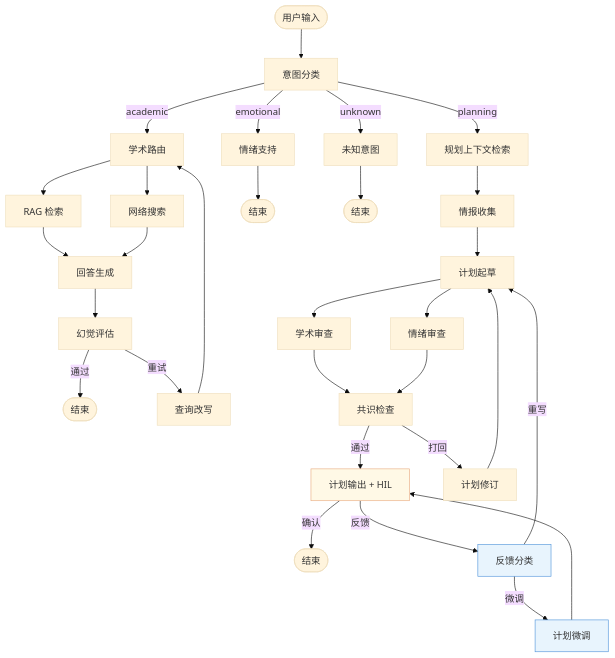
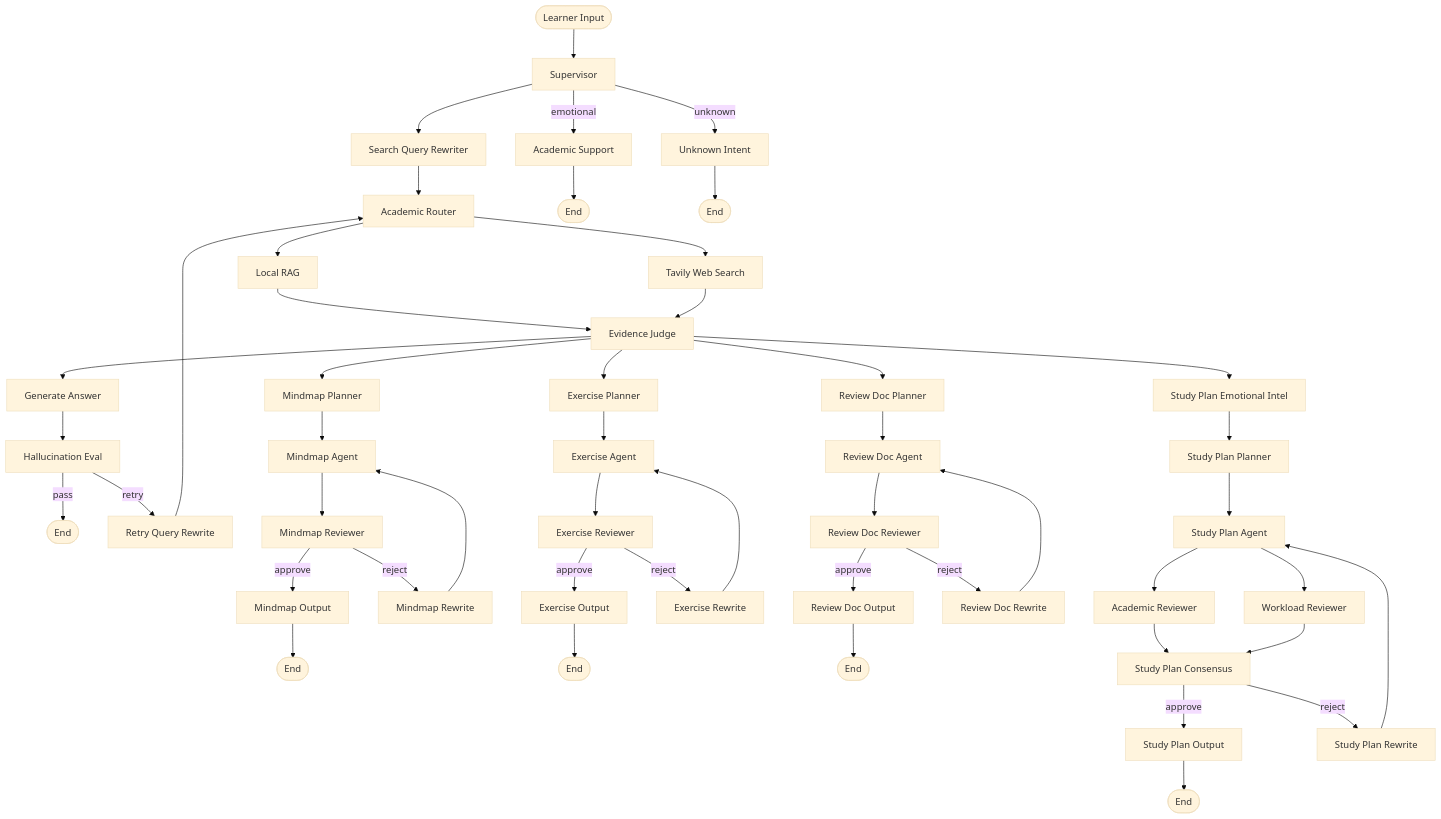
One commit to kyle-1227/A3_study_agent changed the diagram in docs/architecture/v0.3.0/diagram_design.md. Above: the diagram before and after it, drawn with Mermaid (base theme). The commit also changed other lines of this file and 46 other files, not shown here.

````diff
--- a/docs/architecture/v0.3.0/diagram_design.md
+++ b/docs/architecture/v0.3.0/diagram_design.md
@@ -5,46 +5,59 @@
 ```mermaid
 graph TD
-  START([用户输入]) --> supervisor[意图分类]
+  START([Learner Input]) --> supervisor[Supervisor]
+  supervisor --> search_query_rewriter[Search Query Rewriter]
+  supervisor -->|emotional| emotional_response[Academic Support]
+  supervisor -->|unknown| handle_unknown[Unknown Intent]
 
-  supervisor -->|academic| academic_router[学术路由]
-  supervisor -->|planning| gather_planning_context[规划上下文检索]
-  supervisor -->|emotional| emotional_response[情绪支持]
-  supervisor -->|unknown| handle_unknown[未知意图]
+  search_query_rewriter --> academic_router[Academic Router]
+  academic_router --> rag_retrieve[Local RAG]
+  academic_router --> web_search[Tavily Web Search]
+  rag_retrieve --> evidence_judge[Evidence Judge]
+  web_search --> evidence_judge
 
-  %% Academic branch
-  academic_router --> rag_retrieve[RAG 检索]
-  academic_router --> web_search[网络搜索]
-  rag_retrieve --> generate_answer[回答生成]
-  web_search --> generate_answer
-  generate_answer --> evaluate_hallucination[幻觉评估]
-  evaluate_hallucination -->|通过| END_A([结束])
-  evaluate_hallucination -->|重试| rewrite_query[查询改写]
+  evidence_judge --> generate_answer[Generate Answer]
+  evidence_judge --> mindmap_planner[Mindmap Planner]
+  evidence_judge --> exercise_planner[Exercise Planner]
+  evidence_judge --> review_doc_planner[Review Doc Planner]
+  evidence_judge --> study_plan_emotional_intel[Study Plan Emotional Intel]
+
+  generate_answer --> evaluate_hallucination[Hallucination Eval]
+  evaluate_hallucination -->|pass| END_A([End])
+  evaluate_hallucination -->|retry| rewrite_query[Retry Query Rewrite]
   rewrite_query --> academic_router
 
-  %% Planning branch
-  gather_planning_context --> gather_intel[情报收集]
-  gather_intel --> drafter[计划起草]
-  drafter --> reviewer_academic[学术审查]
-  drafter --> reviewer_emotional[情绪审查]
-  reviewer_academic --> consensus_check[共识检查]
-  reviewer_emotional --> consensus_check
-  consensus_check -->|通过| plan_output[计划输出 + HIL]
-  consensus_check -->|打回| adv_rewrite[计划修订]
-  adv_rewrite --> drafter
+  mindmap_planner --> mindmap_agent[Mindmap Agent]
+  mindmap_agent --> mindmap_reviewer[Mindmap Reviewer]
+  mindmap_reviewer -->|approve| mindmap_output[Mindmap Output]
+  mindmap_reviewer -->|reject| mindmap_rewrite[Mindmap Rewrite]
+  mindmap_rewrite --> mindmap_agent
+  mindmap_output --> END_M([End])
 
-  %% HIL feedback loop
-  plan_output -->|确认| END_P([结束])
-  plan_output -->|反馈| feedback_router[反馈分类]
-  feedback_router -->|微调| plan_tweak[计划微调]
-  feedback_router -->|重写| drafter
-  plan_tweak --> plan_output
+  exercise_planner --> exercise_agent[Exercise Agent]
+  exercise_agent --> exercise_reviewer[Exercise Reviewer]
+  exercise_reviewer -->|approve| exercise_output[Exercise Output]
+  exercise_reviewer -->|reject| exercise_rewrite[Exercise Rewrite]
+  exercise_rewrite --> exercise_agent
+  exercise_output --> END_X([End])
 
-  %% Terminal nodes
-  emotional_response --> END_E([结束])
-  handle_unknown --> END_U([结束])
+  review_doc_planner --> review_doc_agent[Review Doc Agent]
+  review_doc_agent --> review_doc_reviewer[Review Doc Reviewer]
+  review_doc_reviewer -->|approve| review_doc_output[Review Doc Output]
+  review_doc_reviewer -->|reject| review_doc_rewrite[Review Doc Rewrite]
+  review_doc_rewrite --> review_doc_agent
+  review_doc_output --> END_D([End])
 
-  %% Styling
-  style plan_output fill:#FFF9E6,stroke:#E8A87C
-  style feedback_router fill:#E8F4FD,stroke:#4A90D9
-  style plan_tweak fill:#E8F4FD,stroke:#4A90D9
+  study_plan_emotional_intel --> study_plan_planner[Study Plan Planner]
+  study_plan_planner --> study_plan_agent[Study Plan Agent]
+  study_plan_agent --> study_plan_reviewer_academic[Academic Reviewer]
+  study_plan_agent --> study_plan_reviewer_emotional[Workload Reviewer]
+  study_plan_reviewer_academic --> study_plan_consensus[Study Plan Consensus]
+  study_plan_reviewer_emotional --> study_plan_consensus
+  study_plan_consensus -->|approve| study_plan_output[Study Plan Output]
+  study_plan_consensus -->|reject| study_plan_rewrite[Study Plan Rewrite]
+  study_plan_rewrite --> study_plan_agent
+  study_plan_output --> END_P([End])
+
+  emotional_response --> END_E([End])
+  handle_unknown --> END_U([End])
 ```
````
